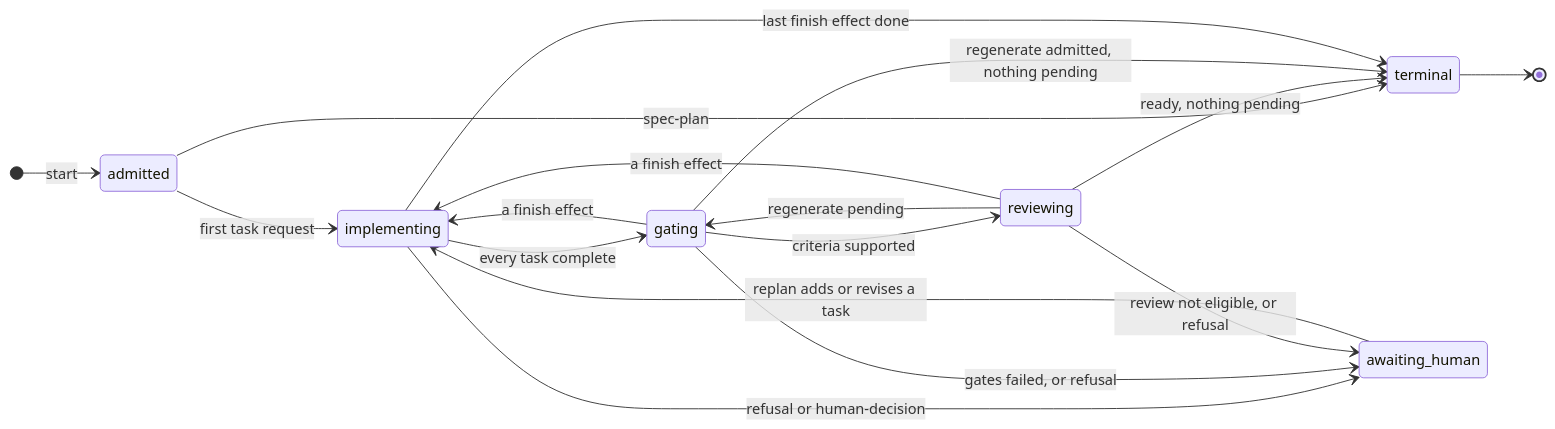
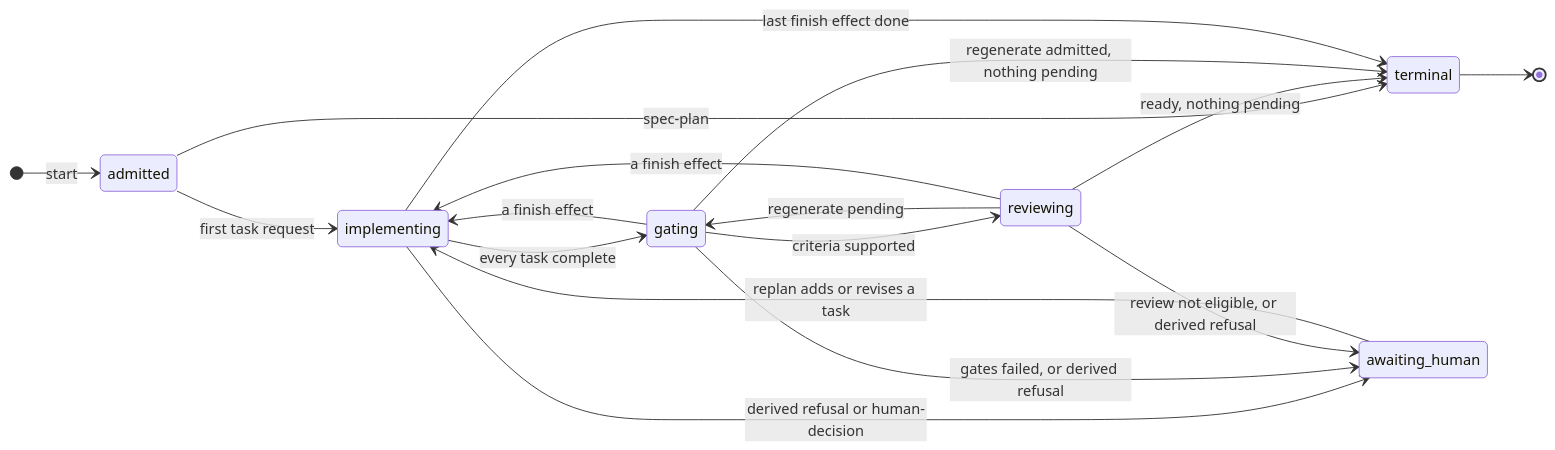
One commit to eugenelim/agent-ready-repo changed the third of 3 diagrams in docs/architecture/work-loop-execution-supervisor.md. Above: the diagram before and after it, drawn with Mermaid. The commit also changed other lines of this file and 8 other files, not shown here.

First line of the commit message:
docs(architecture): correct run.json refusal reach and narrow restated supervisor rules (cutover T3)

````diff
--- a/docs/architecture/work-loop-execution-supervisor.md
+++ b/docs/architecture/work-loop-execution-supervisor.md
@@ -187,20 +211,20 @@
 ```mermaid
 stateDiagram-v2
   direction LR
   [*] --> admitted : start
   admitted --> terminal : spec-plan
   admitted --> implementing : first task request
   implementing --> gating : every task complete
   gating --> reviewing : criteria supported
   reviewing --> gating : regenerate pending
   reviewing --> implementing : a finish effect
   gating --> implementing : a finish effect
   reviewing --> terminal : ready, nothing pending
   gating --> terminal : regenerate admitted, nothing pending
   implementing --> terminal : last finish effect done
-  implementing --> awaiting_human : refusal or human-decision
-  gating --> awaiting_human : gates failed, or refusal
-  reviewing --> awaiting_human : review not eligible, or refusal
+  implementing --> awaiting_human : derived refusal or human-decision
+  gating --> awaiting_human : gates failed, or derived refusal
+  reviewing --> awaiting_human : review not eligible, or derived refusal
   awaiting_human --> implementing : replan adds or revises a task
   terminal --> [*]
 ```
````
